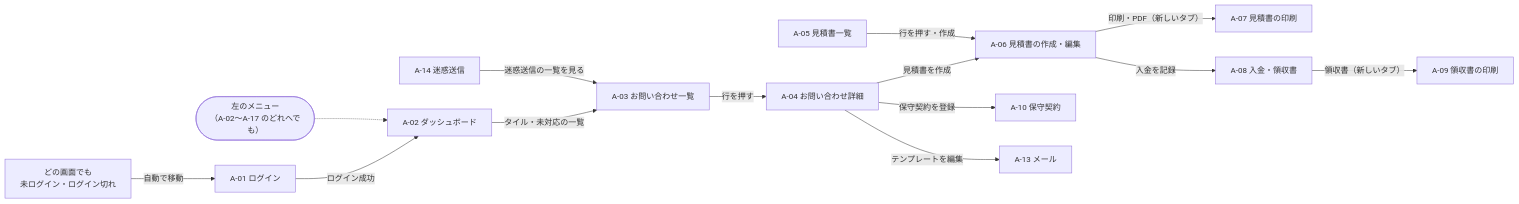
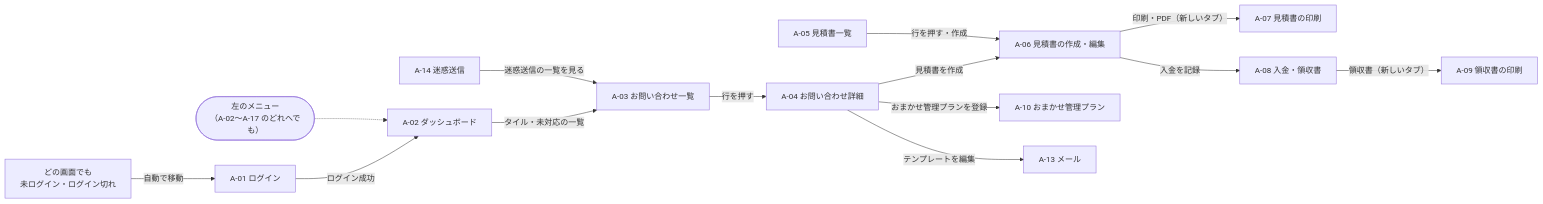
The diagram in docs/詳細設計書/03_画面設計_管理画面.md (NakagawaTakato/company), drawn with Mermaid before and after one commit. The commit also changed other lines of this file and 42 other files, not shown here.

````diff
--- a/docs/詳細設計書/03_画面設計_管理画面.md
+++ b/docs/詳細設計書/03_画面設計_管理画面.md
@@ -29,17 +29,17 @@
 ```mermaid
 flowchart LR
   A01["A-01 ログイン"] -- "ログイン成功" --> A02["A-02 ダッシュボード"]
   Menu(["左のメニュー<br>（A-02〜A-17 のどれへでも）"])
   A02 -- "タイル・未対応の一覧" --> A03["A-03 お問い合わせ一覧"]
   A03 -- "行を押す" --> A04["A-04 お問い合わせ詳細"]
   A04 -- "見積書を作成" --> A06["A-06 見積書の作成・編集"]
-  A04 -- "保守契約を登録" --> A10["A-10 保守契約"]
+  A04 -- "おまかせ管理プランを登録" --> A10["A-10 おまかせ管理プラン"]
   A04 -- "テンプレートを編集" --> A13["A-13 メール"]
   A05["A-05 見積書一覧"] -- "行を押す・作成" --> A06
   A06 -- "印刷・PDF（新しいタブ）" --> A07["A-07 見積書の印刷"]
   A06 -- "入金を記録" --> A08["A-08 入金・領収書"]
   A08 -- "領収書（新しいタブ）" --> A09["A-09 領収書の印刷"]
   A14["A-14 迷惑送信"] -- "迷惑送信の一覧を見る" --> A03
   Menu -.-> A02
   X["どの画面でも<br>未ログイン・ログイン切れ"] -- "自動で移動" --> A01
 ```
````
